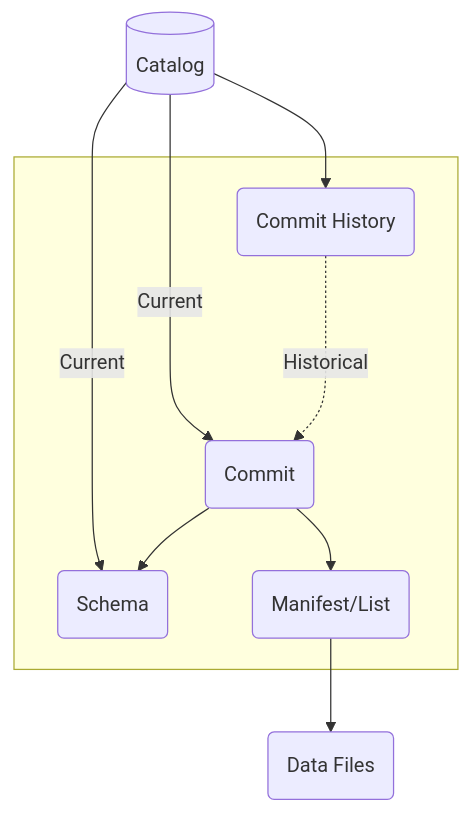
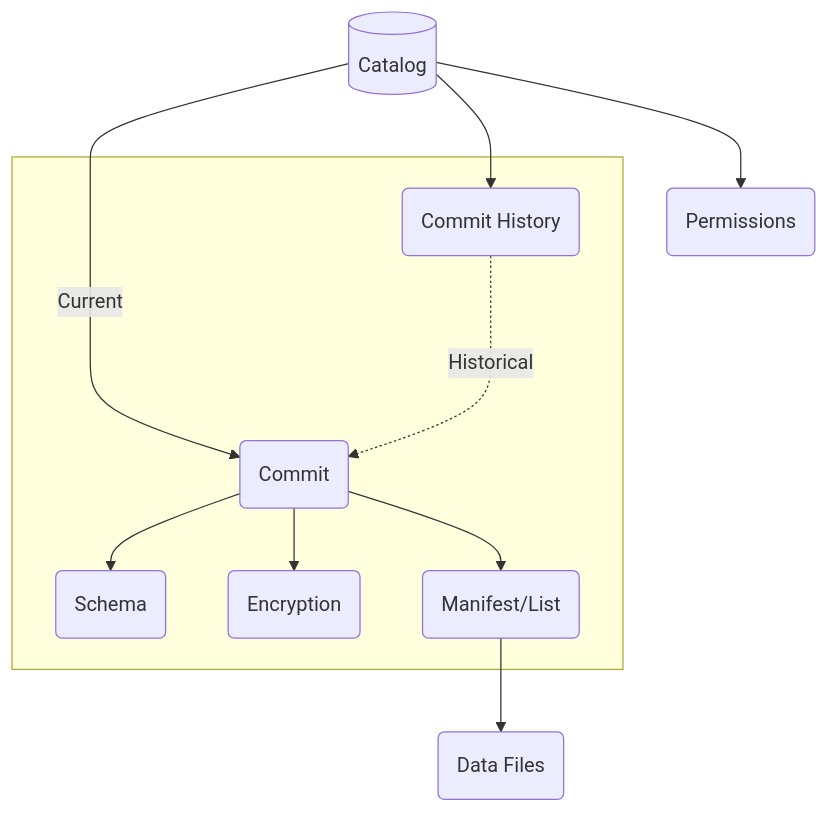
Before and after one commit to mabel-dev/tarchia: the diagram in README.md, drawn with Mermaid. The commit also changed 14 other files, not shown here.

```diff
--- a/README.md
+++ b/README.md
@@ -67,12 +67,13 @@
 ~~~mermaid
 flowchart TD
     CATALOG  --> COMMITS(Commit History)
+    CATALOG  --> PERMS(Permissions)
     CATALOG[(Catalog)] --> |Current| COMMIT(Commit)
-    CATALOG  --> |Current| SCHEMA(Schema)
     subgraph  
         COMMITS  -..-> |Historical| COMMIT
-        COMMIT --> SCHEMA
+        COMMIT --> SCHEMA(Schema)
+        COMMIT --> ENCRYPTION(Encryption)
         COMMIT --> MAN_LIST(Manifest/List)
     end
     MAN_LIST --> DATA(Data Files)
 ~~~
```
